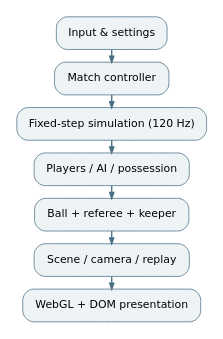
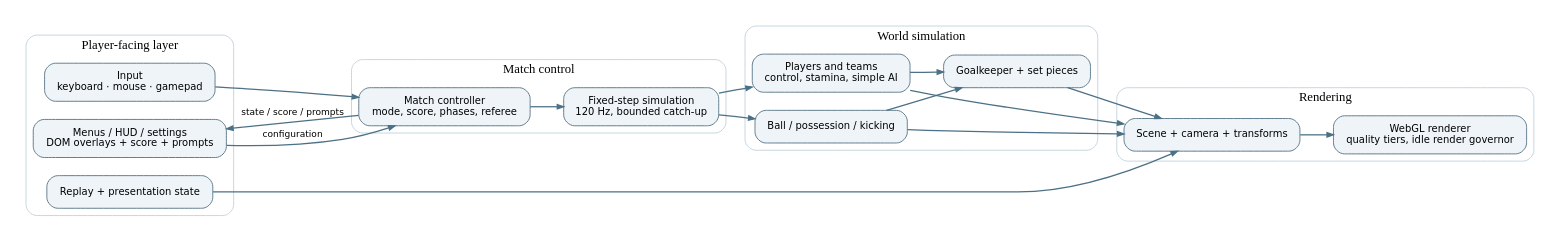
Before and after one commit to alibaki89/Pencil-Cup: the diagram in docs/ARCHITECTURE.dot, drawn with Graphviz. The commit also changed 9 other files, not shown here.

Commit message:
Improve game README, architecture and official itch.io gallery

```diff
--- a/docs/ARCHITECTURE.dot
+++ b/docs/ARCHITECTURE.dot
@@ -1,1 +1,52 @@
-digraph G { rankdir=TB; bgcolor="white"; pad="0.15"; nodesep="0.22"; ranksep="0.20"; node[shape=box,style="rounded,filled",color="#668397",fillcolor="#eef4f5",fontname="DejaVu Sans",fontsize=12,margin="0.20,0.13"]; edge[color="#487083",penwidth=1.5,arrowsize=0.65];n0[label="Input & settings"];n1[label="Match controller"];n2[label="Fixed-step simulation (120 Hz)"];n3[label="Players / AI / possession"];n4[label="Ball + referee + keeper"];n5[label="Scene / camera / replay"];n6[label="WebGL + DOM presentation"];n0->n1;n1->n2;n2->n3;n3->n4;n4->n5;n5->n6;}
+digraph G {
+  rankdir=LR;
+  graph [bgcolor="white", pad="0.18", nodesep="0.28", ranksep="0.5"];
+  node [shape=box, style="rounded,filled", color="#577387", fillcolor="#eef4f7", fontname="DejaVu Sans", fontsize=11, margin="0.18,0.12"];
+  edge [color="#4c7085", penwidth=1.4, arrowsize=0.7, fontname="DejaVu Sans", fontsize=10];
+
+  subgraph cluster_frontend {
+    label="Player-facing layer"; color="#bfd3de"; style="rounded";
+    input [label="Input
+keyboard · mouse · gamepad"];
+    menu [label="Menus / HUD / settings
+DOM overlays + score + prompts"];
+    replay [label="Replay + presentation state"];
+  }
+
+  subgraph cluster_core {
+    label="Match control"; color="#bfd3de"; style="rounded";
+    match [label="Match controller
+mode, score, phases, referee"];
+    loop [label="Fixed-step simulation
+120 Hz, bounded catch-up"];
+  }
+
+  subgraph cluster_world {
+    label="World simulation"; color="#bfd3de"; style="rounded";
+    players [label="Players and teams
+control, stamina, simple AI"];
+    ball [label="Ball / possession / kicking"];
+    keeper [label="Goalkeeper + set pieces"];
+  }
+
+  subgraph cluster_render {
+    label="Rendering"; color="#bfd3de"; style="rounded";
+    scene [label="Scene + camera + transforms"];
+    render [label="WebGL renderer
+quality tiers, idle render governor"];
+  }
+
+  input -> match;
+  menu -> match [label="configuration"];
+  match -> loop;
+  loop -> players;
+  loop -> ball;
+  players -> keeper;
+  ball -> keeper;
+  players -> scene;
+  ball -> scene;
+  keeper -> scene;
+  replay -> scene;
+  scene -> render;
+  match -> menu [label="state / score / prompts"];
+}
```
